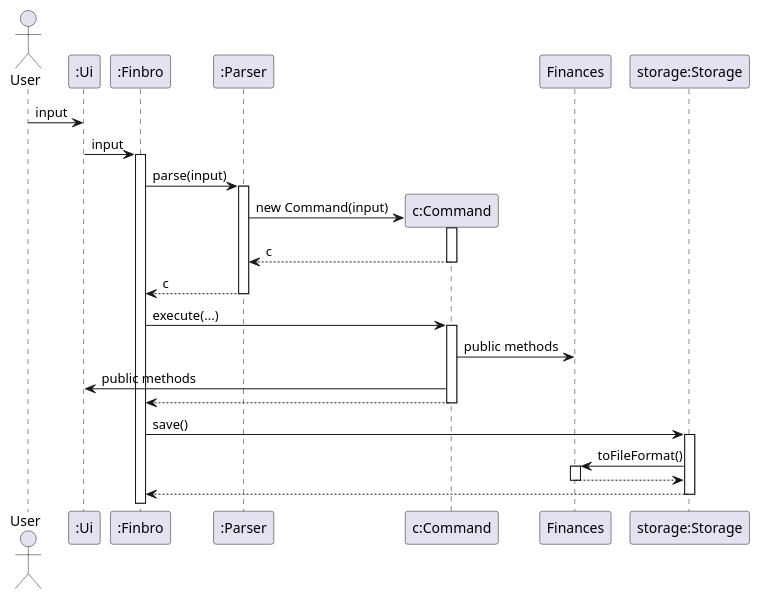
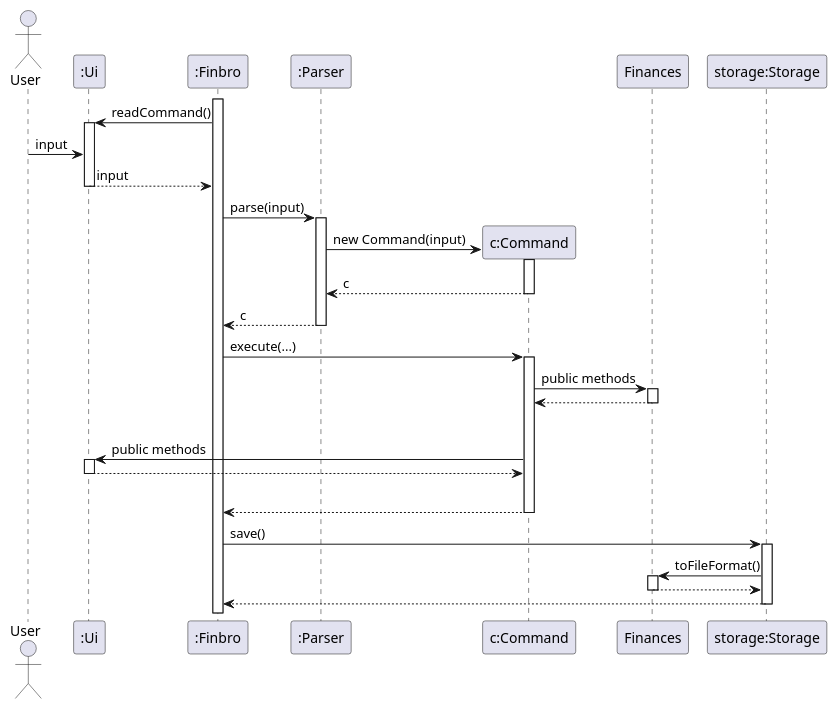
Before and after one commit to zihaoalt/tp: the diagram in docs/UML_diagrams/ArchitectureInteraction.puml, drawn with PlantUML. The commit also changed 7 other files, not shown here.

Commit message:
Fix the initial ui finbro and parser interaction for add delete architecture and view and also remove the background color for these

```diff
--- a/docs/UML_diagrams/ArchitectureInteraction.puml
+++ b/docs/UML_diagrams/ArchitectureInteraction.puml
@@ -1,32 +1,39 @@
 @startuml
 'https://plantuml.com/sequence-diagram
 
 actor User as user
 participant ":Ui" as ui
 participant ":Finbro" as finbro
 participant ":Parser" as parser
 
-user -> ui: input
+activate finbro
+finbro -> ui ++ : readCommand()
+user -> ui : input
+ui --> finbro -- : input
 
-ui -> finbro++: input
 finbro -> parser++: parse(input)
 create "c:Command" as command
 parser -> command++: new Command(input)
 return c
 return c
 
 
 participant Finances as finances
 participant "storage:Storage" as storage
 
 finbro -> command++: execute(...)
-command -> finances: public methods
-command -> ui: public methods
+command -> finances++: public methods
+return
+|||
+command -> ui++: public methods
+return
+
+|||
 return
 
 finbro -> storage++: save()
 storage -> finances++: toFileFormat()
 return
 return
 
 @enduml
```
